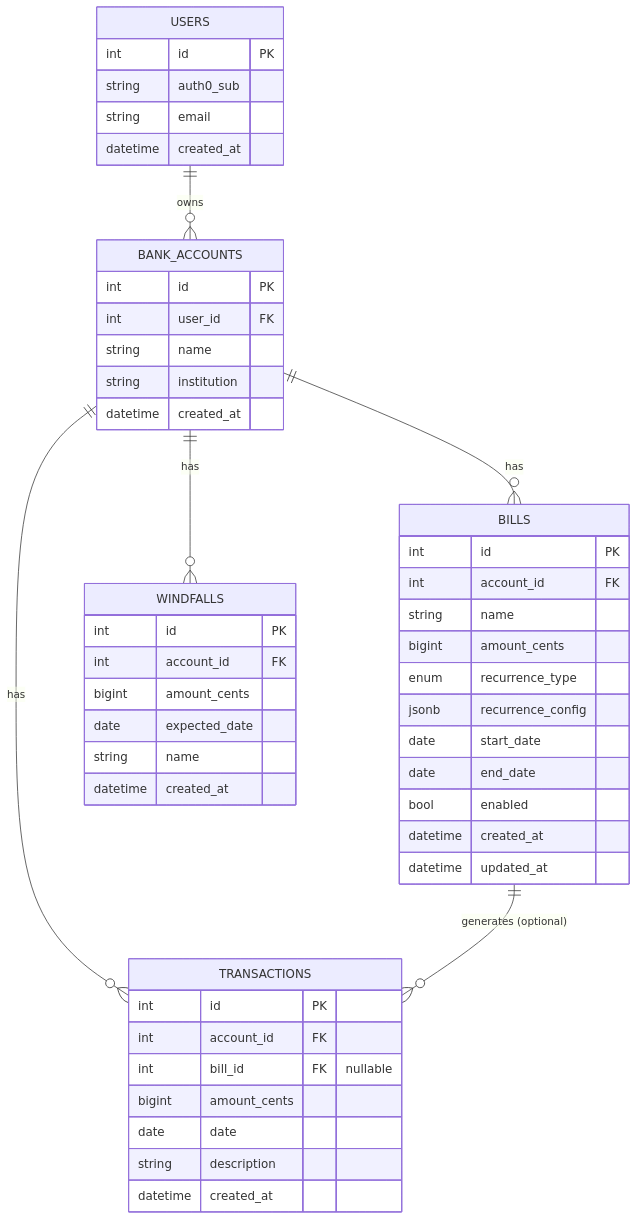
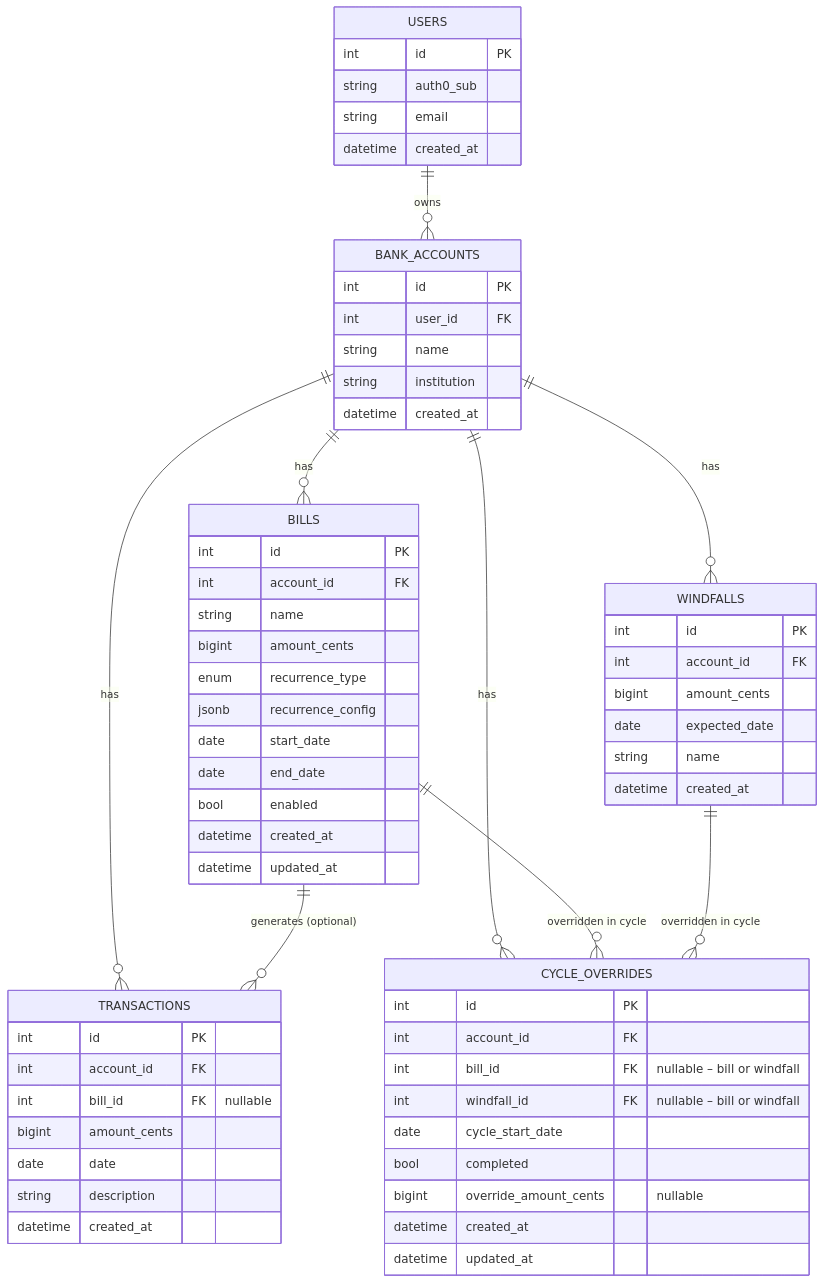
One commit to kenhowardpdx/tally changed the diagram in docs/ROADMAP.md. Above: the diagram before and after it, drawn with Mermaid. The commit also changed other lines of this file, not shown here.

Commit message:
docs: add cycle reconciliation and snapshot overrides to roadmap

````diff
--- a/docs/ROADMAP.md
+++ b/docs/ROADMAP.md
@@ -79,52 +79,66 @@
 ```mermaid
 erDiagram
     USERS ||--o{ BANK_ACCOUNTS : owns
     BANK_ACCOUNTS ||--o{ BILLS : has
     BANK_ACCOUNTS ||--o{ TRANSACTIONS : has
     BANK_ACCOUNTS ||--o{ WINDFALLS : has
+    BANK_ACCOUNTS ||--o{ CYCLE_OVERRIDES : has
     BILLS ||--o{ TRANSACTIONS : "generates (optional)"
+    BILLS ||--o{ CYCLE_OVERRIDES : "overridden in cycle"
+    WINDFALLS ||--o{ CYCLE_OVERRIDES : "overridden in cycle"
 
     USERS {
         int id PK
         string auth0_sub
         string email
         datetime created_at
     }
     BANK_ACCOUNTS {
         int id PK
         int user_id FK
         string name
         string institution
         datetime created_at
     }
     BILLS {
         int id PK
         int account_id FK
         string name
         bigint amount_cents
         enum recurrence_type
         jsonb recurrence_config
         date start_date
         date end_date
         bool enabled
         datetime created_at
         datetime updated_at
     }
     TRANSACTIONS {
         int id PK
         int account_id FK
         int bill_id FK "nullable"
         bigint amount_cents
         date date
         string description
         datetime created_at
     }
     WINDFALLS {
         int id PK
         int account_id FK
         bigint amount_cents
         date expected_date
         string name
         datetime created_at
     }
+    CYCLE_OVERRIDES {
+        int id PK
+        int account_id FK
+        int bill_id FK "nullable – bill or windfall"
+        int windfall_id FK "nullable – bill or windfall"
+        date cycle_start_date
+        bool completed
+        bigint override_amount_cents "nullable"
+        datetime created_at
+        datetime updated_at
+    }
 ```
````
